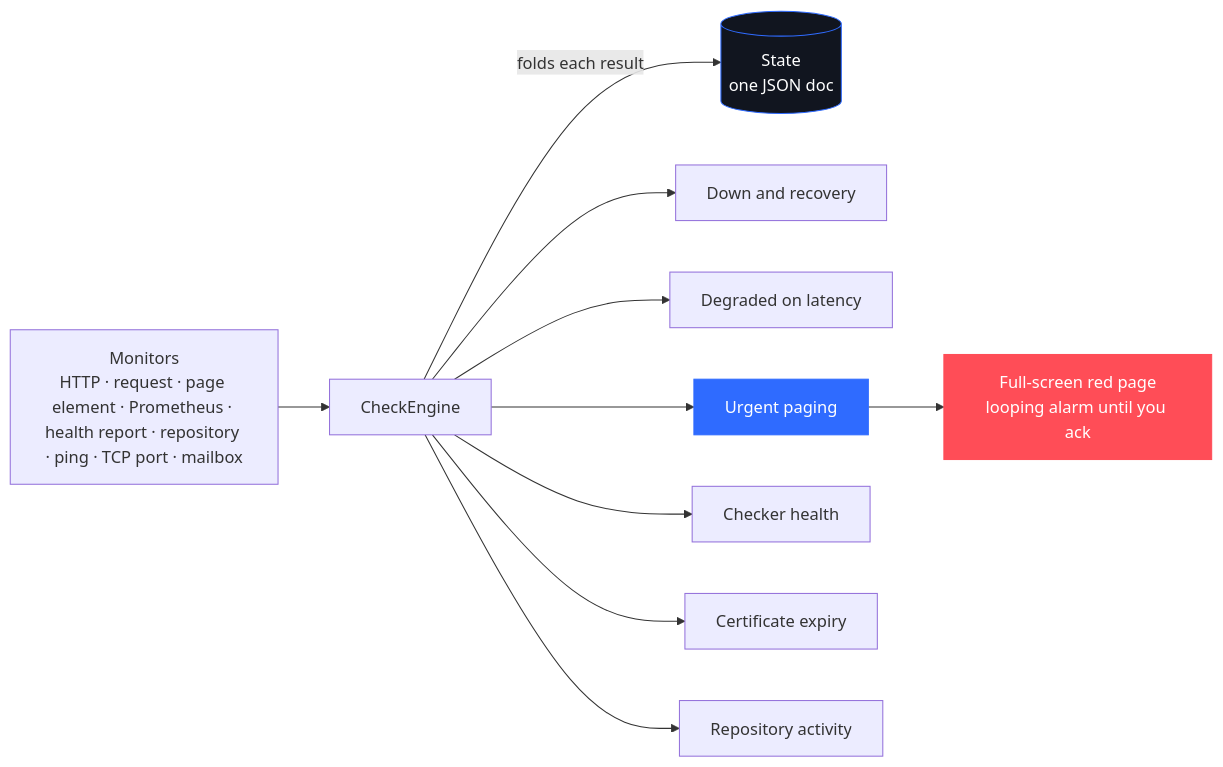
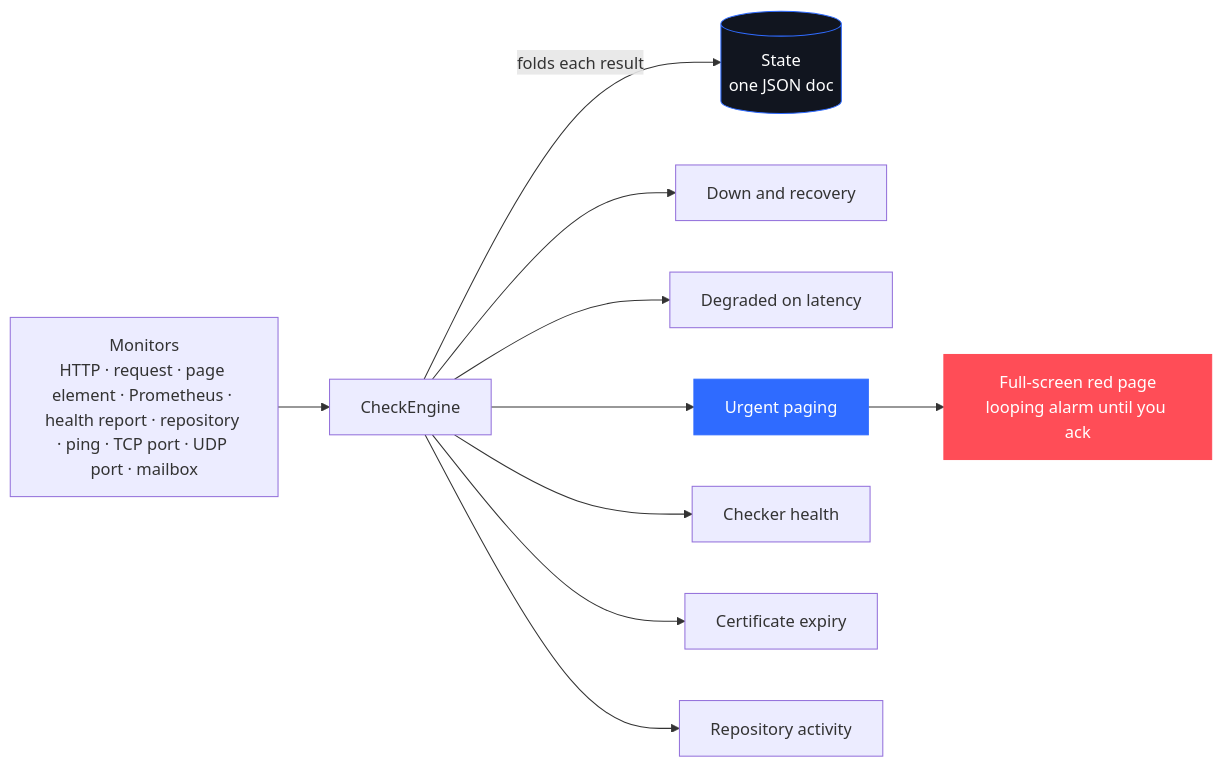
Before and after one commit to riveerxd/nightbell: the diagram in README.md, drawn with Mermaid. The commit also changed other lines of this file and 37 other files, not shown here.

Commit message:
monitors: udp port checks

````diff
--- a/README.md
+++ b/README.md
@@ -246,15 +247,15 @@
 ```mermaid
 flowchart LR
-    M["Monitors<br/>HTTP · request · page element · Prometheus · health report · repository · ping · TCP port · mailbox"] --> E["CheckEngine"]
+    M["Monitors<br/>HTTP · request · page element · Prometheus · health report · repository · ping · TCP port · UDP port · mailbox"] --> E["CheckEngine"]
     E -->|folds each result| DB[("State<br/>one JSON doc")]
     E --> A1["Down and recovery"]
     E --> A2["Degraded on latency"]
     E --> A3["Urgent paging"]
     E --> A4["Checker health"]
     E --> A5["Certificate expiry"]
     E --> A6["Repository activity"]
     A3 --> PG["Full-screen red page<br/>looping alarm until you ack"]
     style A3 fill:#2F6BFF,stroke:#2F6BFF,color:#ffffff
     style PG fill:#FF4D57,stroke:#FF4D57,color:#ffffff
     style DB fill:#11151f,stroke:#2F6BFF,color:#ffffff
 ```
````
